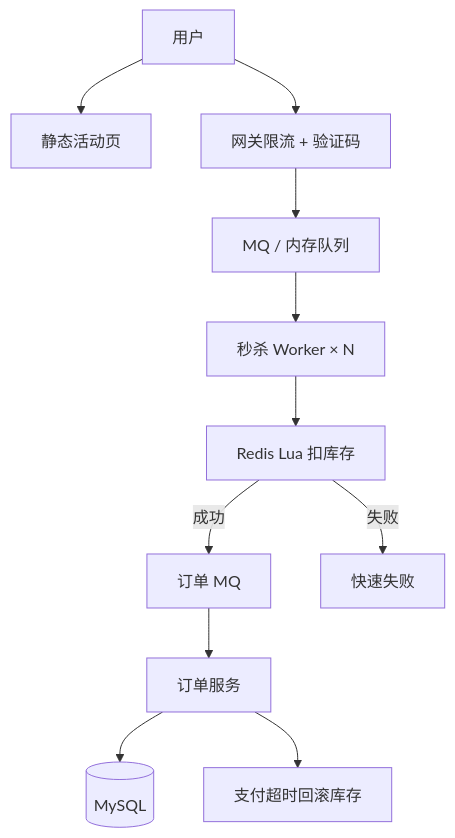
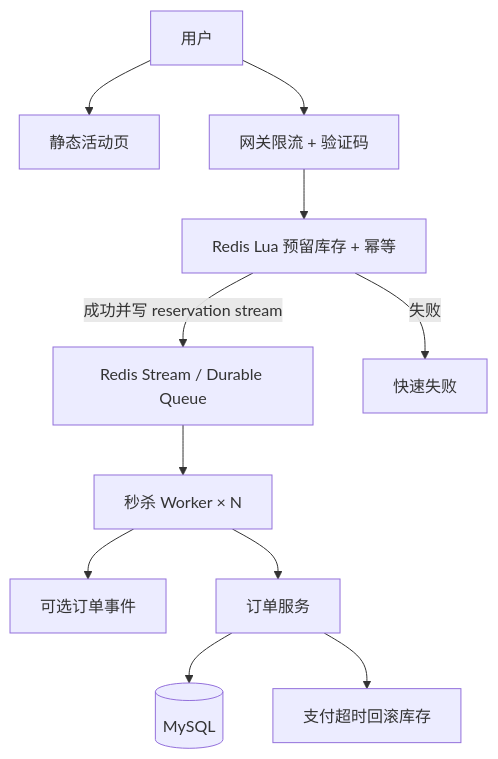
The diagram in docs/interview/03-system-design/S-ARCH-02-seckill.md (twodog-tt/Golang-development-manual), drawn with Mermaid before and after one commit. The commit also changed other lines of this file and 438 other files, not shown here.

````diff
--- a/docs/interview/03-system-design/S-ARCH-02-seckill.md
+++ b/docs/interview/03-system-design/S-ARCH-02-seckill.md
@@ -39,12 +39,12 @@
 ```mermaid
 flowchart TB
   User[用户] --> CDN[静态活动页]
   User --> GW[网关限流 + 验证码]
-  GW --> Queue[MQ / 内存队列]
+  GW --> Lua[Redis Lua 预留库存 + 幂等]
+  Lua -->|成功并写 reservation stream| Queue[Redis Stream / Durable Queue]
   Queue --> Worker[秒杀 Worker × N]
-  Worker --> Lua[Redis Lua 扣库存]
-  Lua -->|成功| OrderMQ[订单 MQ]
+  Worker --> OrderMQ[可选订单事件]
   Lua -->|失败| Fail[快速失败]
-  OrderMQ --> OrderSvc[订单服务] --> DB[(MySQL)]
+  Worker --> OrderSvc[订单服务] --> DB[(MySQL)]
   OrderSvc --> Pay[支付超时回滚库存]
 ```
````
